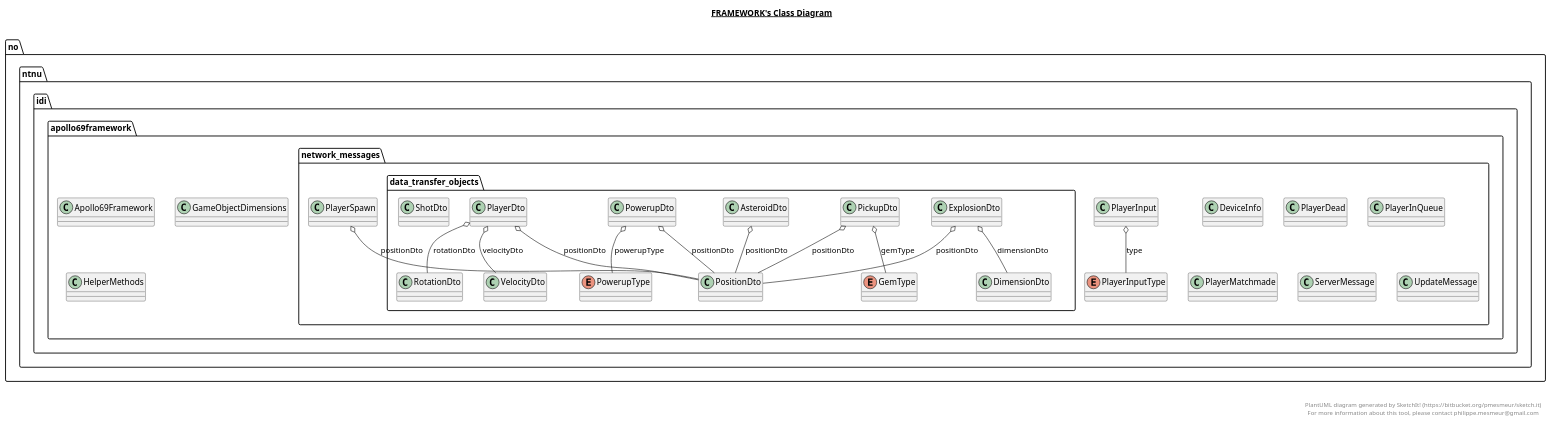
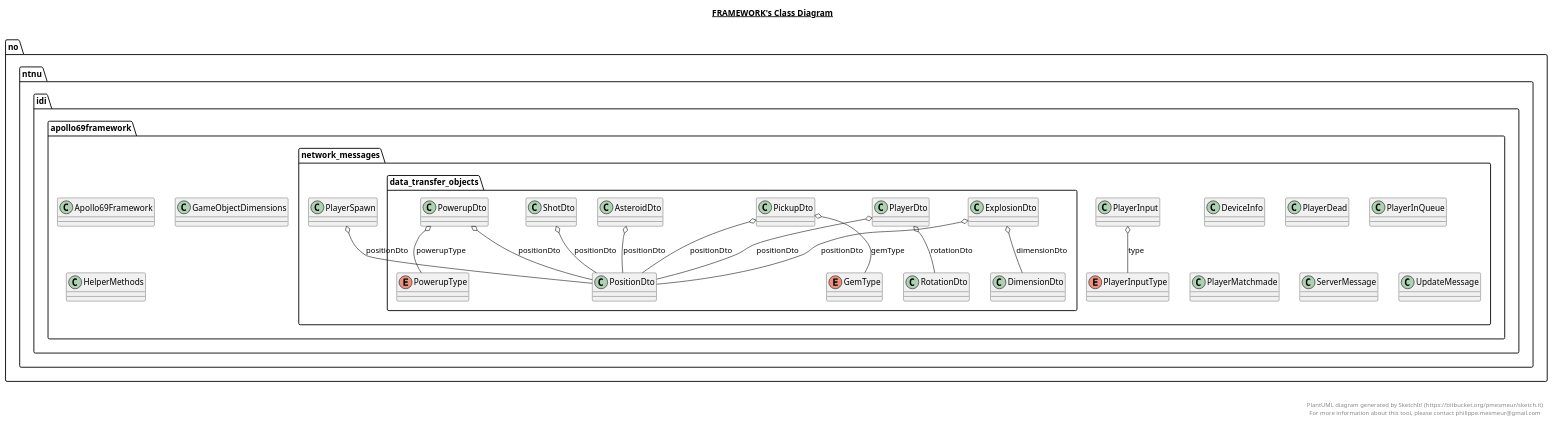
One commit to GardSteinsvik/apollo-69 changed the diagram in framework/framework.plantuml. Above: the diagram before and after it, drawn with PlantUML. The commit also changed 11 other files, not shown here.

Commit message:
UML updated

```diff
--- a/framework/framework.plantuml
+++ b/framework/framework.plantuml
@@ -202,16 +202,6 @@
   }
   
 
-  namespace no.ntnu.idi.apollo69framework {
-    namespace network_messages {
-      namespace data_transfer_objects {
-        class no.ntnu.idi.apollo69framework.network_messages.data_transfer_objects.VelocityDto {
-        }
-      }
-    }
-  }
-  
-
   no.ntnu.idi.apollo69framework.network_messages.PlayerInput o-- no.ntnu.idi.apollo69framework.network_messages.PlayerInputType : type
   no.ntnu.idi.apollo69framework.network_messages.PlayerSpawn o-- no.ntnu.idi.apollo69framework.network_messages.data_transfer_objects.PositionDto : positionDto
   no.ntnu.idi.apollo69framework.network_messages.data_transfer_objects.AsteroidDto o-- no.ntnu.idi.apollo69framework.network_messages.data_transfer_objects.PositionDto : positionDto
@@ -221,9 +211,9 @@
   no.ntnu.idi.apollo69framework.network_messages.data_transfer_objects.PickupDto o-- no.ntnu.idi.apollo69framework.network_messages.data_transfer_objects.PositionDto : positionDto
   no.ntnu.idi.apollo69framework.network_messages.data_transfer_objects.PlayerDto o-- no.ntnu.idi.apollo69framework.network_messages.data_transfer_objects.PositionDto : positionDto
   no.ntnu.idi.apollo69framework.network_messages.data_transfer_objects.PlayerDto o-- no.ntnu.idi.apollo69framework.network_messages.data_transfer_objects.RotationDto : rotationDto
-  no.ntnu.idi.apollo69framework.network_messages.data_transfer_objects.PlayerDto o-- no.ntnu.idi.apollo69framework.network_messages.data_transfer_objects.VelocityDto : velocityDto
   no.ntnu.idi.apollo69framework.network_messages.data_transfer_objects.PowerupDto o-- no.ntnu.idi.apollo69framework.network_messages.data_transfer_objects.PositionDto : positionDto
   no.ntnu.idi.apollo69framework.network_messages.data_transfer_objects.PowerupDto o-- no.ntnu.idi.apollo69framework.network_messages.data_transfer_objects.PowerupType : powerupType
+  no.ntnu.idi.apollo69framework.network_messages.data_transfer_objects.ShotDto o-- no.ntnu.idi.apollo69framework.network_messages.data_transfer_objects.PositionDto : positionDto
 
 
 right footer
```
